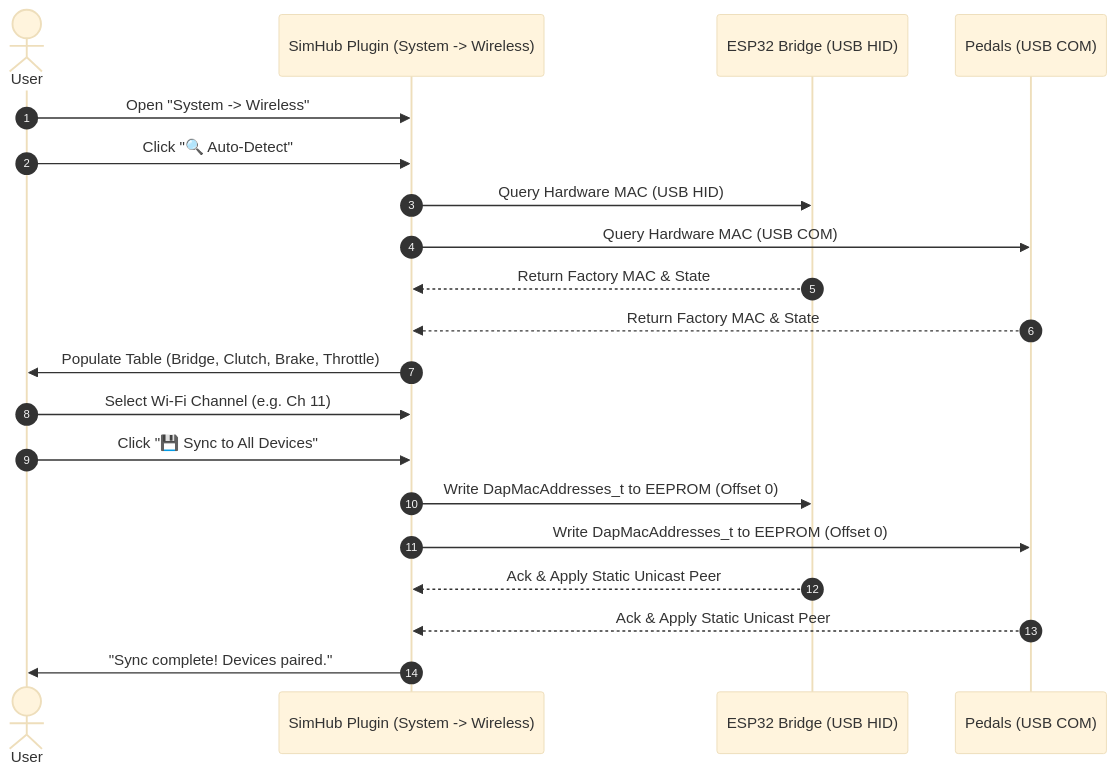
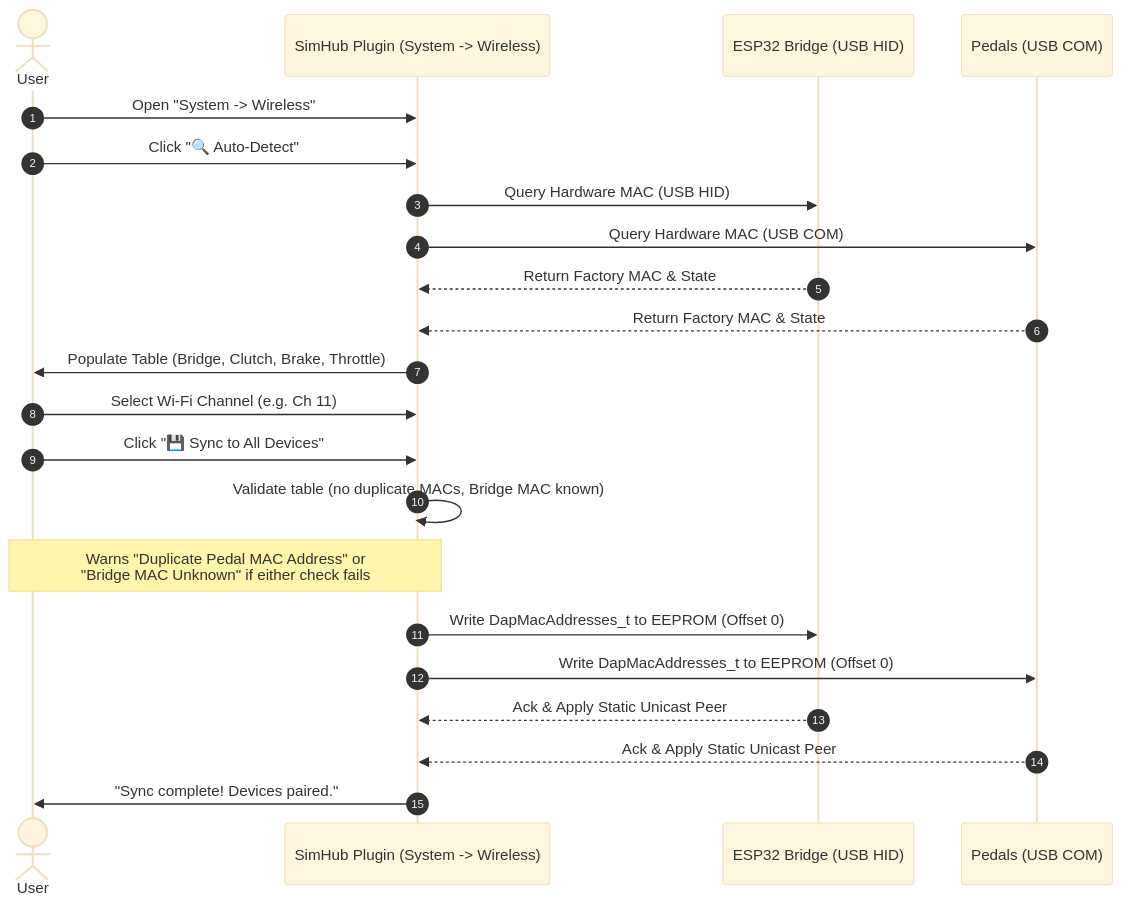
The diagram in docs/pedal_pairing_and_assignment_guide.md (orosys/DIY-Sim-Racing-FFB-Pedal), drawn with Mermaid (base theme) before and after one commit. The commit also changed other lines of this file and 5 other files, not shown here.

````diff
--- a/docs/pedal_pairing_and_assignment_guide.md
+++ b/docs/pedal_pairing_and_assignment_guide.md
@@ -32,23 +32,25 @@
 ```mermaid
 sequenceDiagram
     autonumber
     actor User as User
     participant Plugin as SimHub Plugin (System -> Wireless)
     participant Bridge as ESP32 Bridge (USB HID)
     participant Pedals as Pedals (USB COM)
 
     User->>Plugin: Open "System -> Wireless"
     User->>Plugin: Click "🔍 Auto-Detect"
     Plugin->>Bridge: Query Hardware MAC (USB HID)
     Plugin->>Pedals: Query Hardware MAC (USB COM)
     Bridge-->>Plugin: Return Factory MAC & State
     Pedals-->>Plugin: Return Factory MAC & State
     Plugin->>User: Populate Table (Bridge, Clutch, Brake, Throttle)
     User->>Plugin: Select Wi-Fi Channel (e.g. Ch 11)
     User->>Plugin: Click "💾 Sync to All Devices"
+    Plugin->>Plugin: Validate table (no duplicate MACs, Bridge MAC known)
+    Note over Plugin,User: Warns "Duplicate Pedal MAC Address" or<br/>"Bridge MAC Unknown" if either check fails
     Plugin->>Bridge: Write DapMacAddresses_t to EEPROM (Offset 0)
     Plugin->>Pedals: Write DapMacAddresses_t to EEPROM (Offset 0)
     Bridge-->>Plugin: Ack & Apply Static Unicast Peer
     Pedals-->>Plugin: Ack & Apply Static Unicast Peer
     Plugin->>User: "Sync complete! Devices paired."
 ```
````
